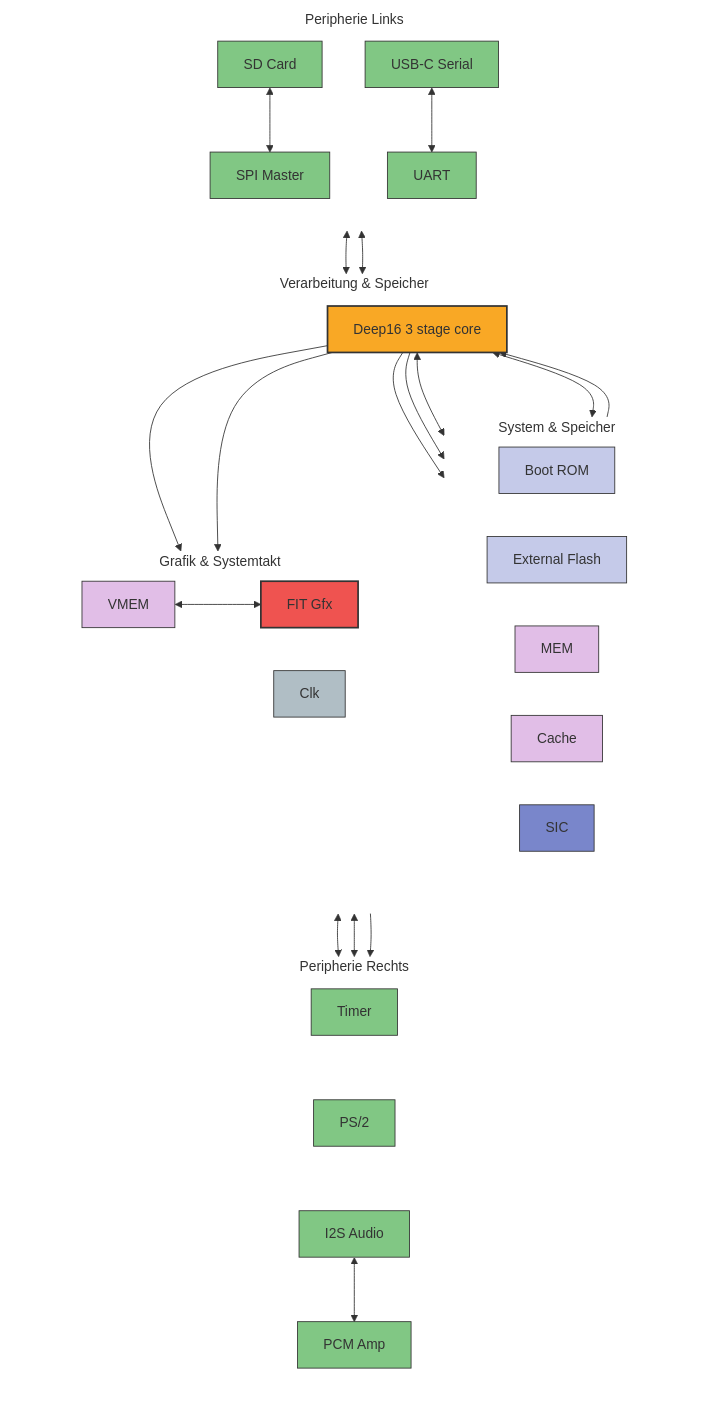
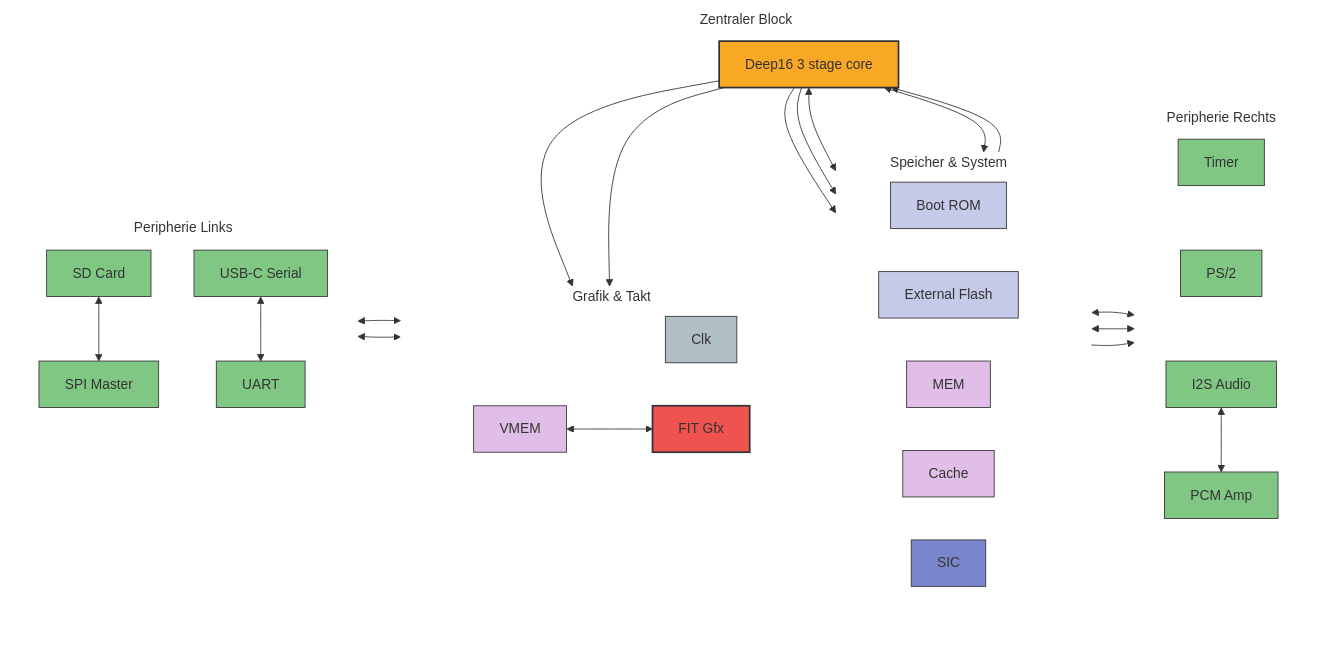
One commit to olfp/Deep16 changed the diagram in doc/BLOCK.md. Above: the diagram before and after it, drawn with Mermaid.

Commit message:
Refactor mermaid diagram structure in BLOCK.md

````diff
--- a/doc/BLOCK.md
+++ b/doc/BLOCK.md
@@ -1,23 +1,22 @@
 ```mermaid
-flowchart TB
-    %% Layout-Strukturierung durch Spalten (Subgraphs)
-    subgraph LeftSide [Peripherie Links]
+flowchart LR
+    %% Definition der horizontalen Spalten-Struktur (Links nach Rechts)
+    subgraph LeftCol [Peripherie Links]
         direction TB
         SDCard[SD Card]
         SPIMaster[SPI Master]
         USBCSerial[USB-C Serial]
         UART[UART]
         
-        %% Vertikale Ausrichtung links erzwingen
+        %% Vertikale Paarung erzwingen
         SDCard <--> SPIMaster
         USBCSerial <--> UART
     end
 
-    subgraph CenterColumn [Verarbeitung & Speicher]
+    subgraph CenterCol [Zentraler Block]
         direction TB
         
-        %% Obere Sektion
-        subgraph TopMem [System & Speicher]
+        subgraph TopBlocks [Speicher & System]
             direction LR
             BootROM[Boot ROM]
             ExtFlash[External Flash]
@@ -26,48 +25,44 @@
             SIC[SIC]
         end
 
-        %% Haupt-Core im Zentrum
         Core[Deep16 3 stage core]
 
-        %% Untere Sektion
-        subgraph BottomGfx [Grafik & Systemtakt]
+        subgraph BottomBlocks [Grafik & Takt]
             direction LR
+            Clk[Clk]
             VMEM[VMEM]
             FITGfx[FIT Gfx]
-            Clk[Clk]
             VMEM <--> FITGfx
         end
 
-        %% Vertikale Hierarchie erzwingen
-        TopMem ~~~ Core ~~~ BottomGfx
+        %% Struktur-Reihenfolge in der Mitte erzwingen
+        TopBlocks ~~~ Core ~~~ BottomBlocks
     end
 
-    subgraph RightSide [Peripherie Rechts]
+    subgraph RightCol [Peripherie Rechts]
         direction TB
         Timer[Timer]
         PS2[PS/2]
         I2SAudio[I2S Audio]
         PCMAmp[PCM Amp]
         
-        %% Vertikale Ausrichtung rechts erzwingen
-        Timer ~~~ PS2 ~~~ I2SAudio
-        I2SAudio <--> PCMAmp
+        %% Vertikale Kette rechts erzwingen
+        Timer ~~~ PS2 ~~~ I2SAudio <--> PCMAmp
     end
 
-    %% Reale Signalverbindungen zwischen den Blöcken
+    %% Querverbindungen von den Seiten in die Mitte (Erzwingt das 3-Spalten-Layout)
+    SPIMaster <--> Core
+    UART <--> Core
+    Core <--> Timer
+    Core <--> PS2
+    Core --> I2SAudio
+
+    %% Verbindungen innerhalb der Hauptsäule
     Core --> BootROM
     Core --> ExtFlash
     Core <--> MEM
     Core <--> Cache
     SIC --> Core
-
-    SPIMaster <--> Core
-    UART <--> Core
-
-    Core <--> Timer
-    Core <--> PS2
-    Core --> I2SAudio
-
     Core --> VMEM
     Core --> FITGfx
 
@@ -93,10 +88,10 @@
     
     style Clk fill:#B0BEC5,stroke:#333;
 
-    %% Subgraph-Rahmen unsichtbar machen für sauberen Look
-    style LeftSide fill:none,stroke:none;
-    style RightSide fill:none,stroke:none;
-    style CenterColumn fill:none,stroke:none;
-    style TopMem fill:none,stroke:none;
-    style BottomGfx fill:none,stroke:none;
+    %% Hilfsrahmen unsichtbar machen für ein sauberes Gesamtbild
+    style LeftCol fill:none,stroke:none;
+    style CenterCol fill:none,stroke:none;
+    style RightCol fill:none,stroke:none;
+    style TopBlocks fill:none,stroke:none;
+    style BottomBlocks fill:none,stroke:none;
 ```
````
